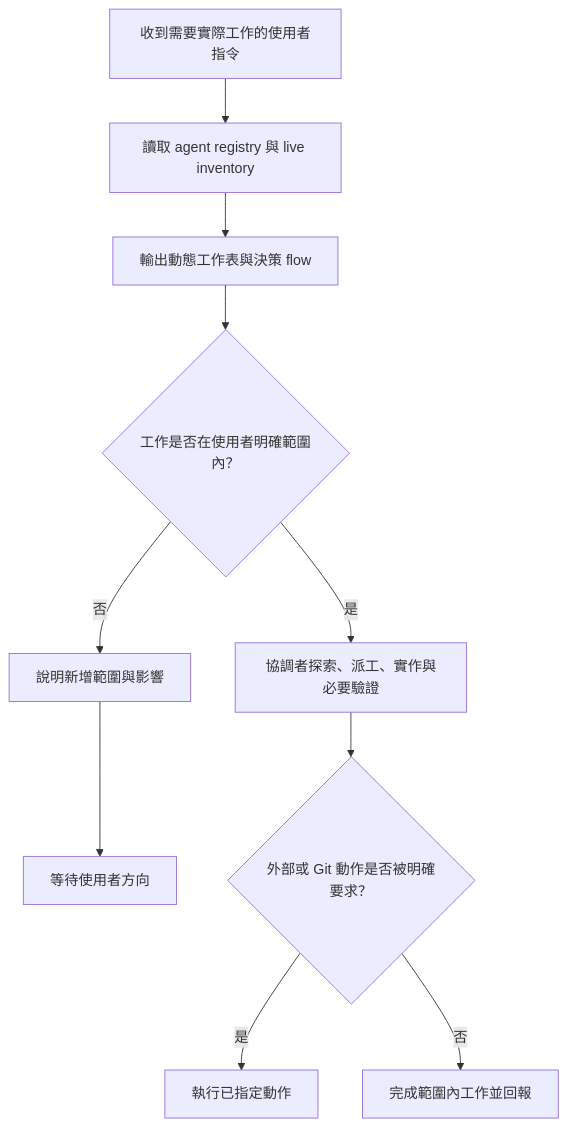
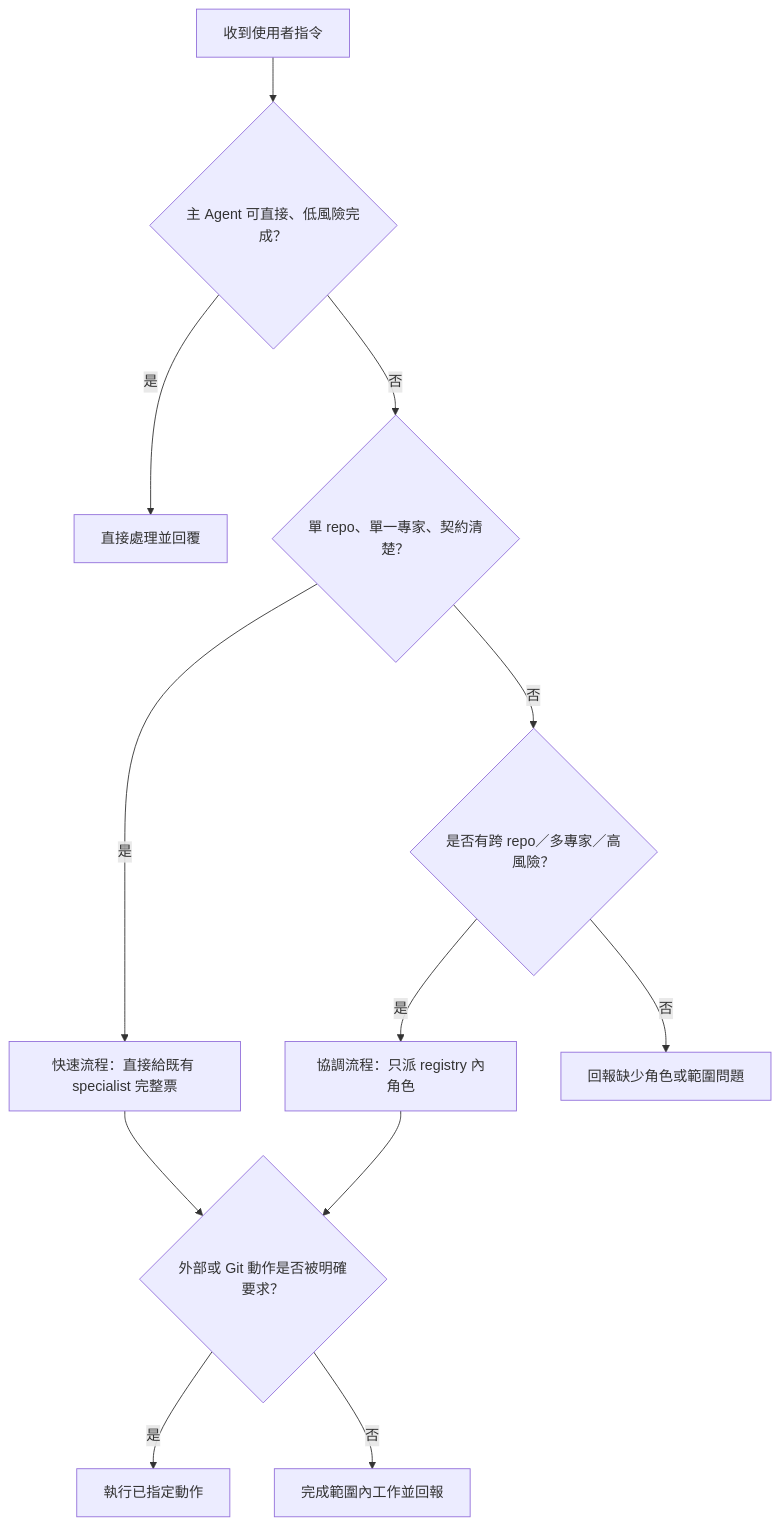
Before and after one commit to tar-ooo-ooo/clutch-skills: the diagram in skills/subagent-dad/SKILL.md, drawn with Mermaid. The commit also changed other lines of this file, not shown here.

````diff
--- a/skills/subagent-dad/SKILL.md
+++ b/skills/subagent-dad/SKILL.md
@@ -35,12 +63,14 @@
 ```mermaid
 flowchart TD
-    A[收到需要實際工作的使用者指令] --> B[讀取 agent registry 與 live inventory]
-    B --> C[輸出動態工作表與決策 flow]
-    C --> D{工作是否在使用者明確範圍內？}
-    D -- 是 --> E[協調者探索、派工、實作與必要驗證]
-    D -- 否 --> F[說明新增範圍與影響]
-    F --> G[等待使用者方向]
-    E --> H{外部或 Git 動作是否被明確要求？}
-    H -- 是 --> I[執行已指定動作]
-    H -- 否 --> J[完成範圍內工作並回報]
+    A[收到使用者指令] --> B{主 Agent 可直接、低風險完成？}
+    B -- 是 --> C[直接處理並回覆]
+    B -- 否 --> D{單 repo、單一專家、契約清楚？}
+    D -- 是 --> E[快速流程：直接給既有 specialist 完整票]
+    D -- 否 --> F{是否有跨 repo／多專家／高風險？}
+    F -- 是 --> G[協調流程：只派 registry 內角色]
+    F -- 否 --> H[回報缺少角色或範圍問題]
+    E --> I{外部或 Git 動作是否被明確要求？}
+    G --> I
+    I -- 是 --> J[執行已指定動作]
+    I -- 否 --> K[完成範圍內工作並回報]
 ```
````
